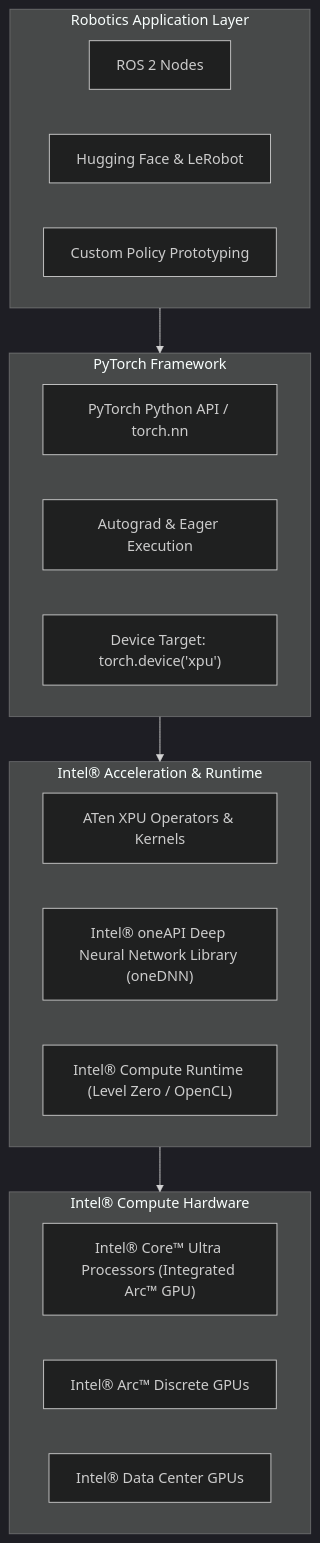
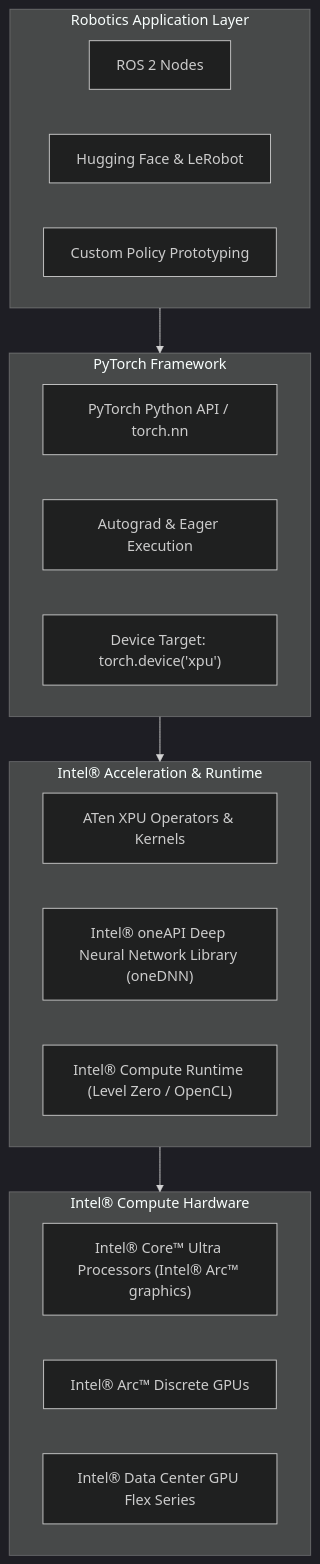
One commit to open-edge-platform/robotics-ai-suite-staging changed the diagram in docs/user-guide/ai_resources/developer_tools/pytorch-xpu.md. Above: the diagram before and after it, drawn with Mermaid (dark theme). The commit also changed other lines of this file and 63 other files, not shown here.

````diff
--- a/docs/user-guide/ai_resources/developer_tools/pytorch-xpu.md
+++ b/docs/user-guide/ai_resources/developer_tools/pytorch-xpu.md
@@ -11,30 +11,30 @@
 ```{mermaid}
 flowchart TD
     subgraph Apps["Robotics Application Layer"]
         R1["ROS 2 Nodes"]
         R2["Hugging Face & LeRobot"]
         R3["Custom Policy Prototyping"]
     end
 
     subgraph PyTorch["PyTorch Framework"]
         F1["PyTorch Python API / torch.nn"]
         F2["Autograd & Eager Execution"]
         F3["Device Target: torch.device('xpu')"]
     end
 
     subgraph Acceleration["Intel® Acceleration & Runtime"]
         A1["ATen XPU Operators & Kernels"]
         A2["Intel® oneAPI Deep Neural Network Library (oneDNN)"]
         A3["Intel® Compute Runtime (Level Zero / OpenCL)"]
     end
 
     subgraph Hardware["Intel® Compute Hardware"]
-        H1["Intel® Core™ Ultra Processors (Integrated Arc™ GPU)"]
+        H1["Intel® Core™ Ultra Processors (Intel® Arc™ graphics)"]
         H2["Intel® Arc™ Discrete GPUs"]
-        H3["Intel® Data Center GPUs"]
+        H3["Intel® Data Center GPU Flex Series"]
     end
 
     Apps --> PyTorch
     PyTorch --> Acceleration
     Acceleration --> Hardware
 ```
````
